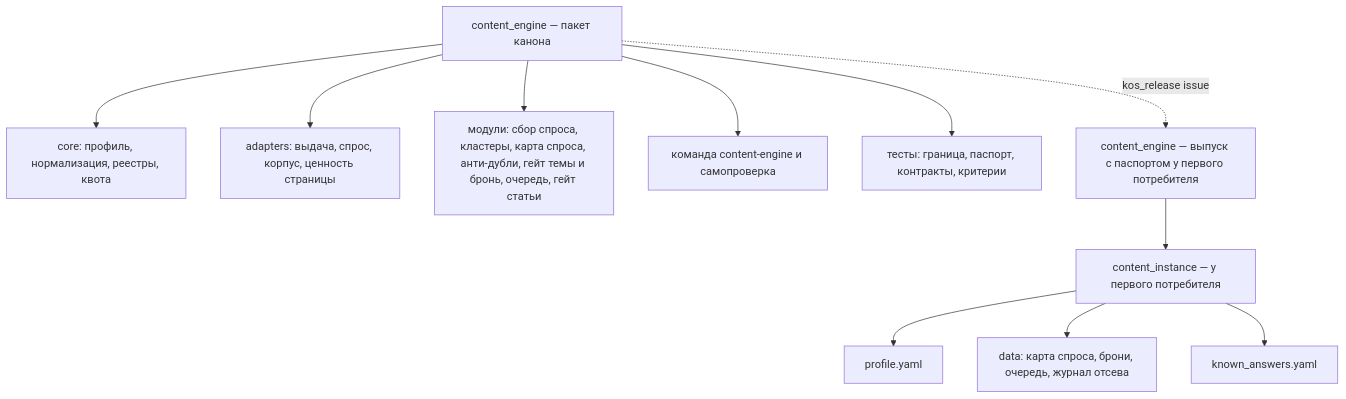
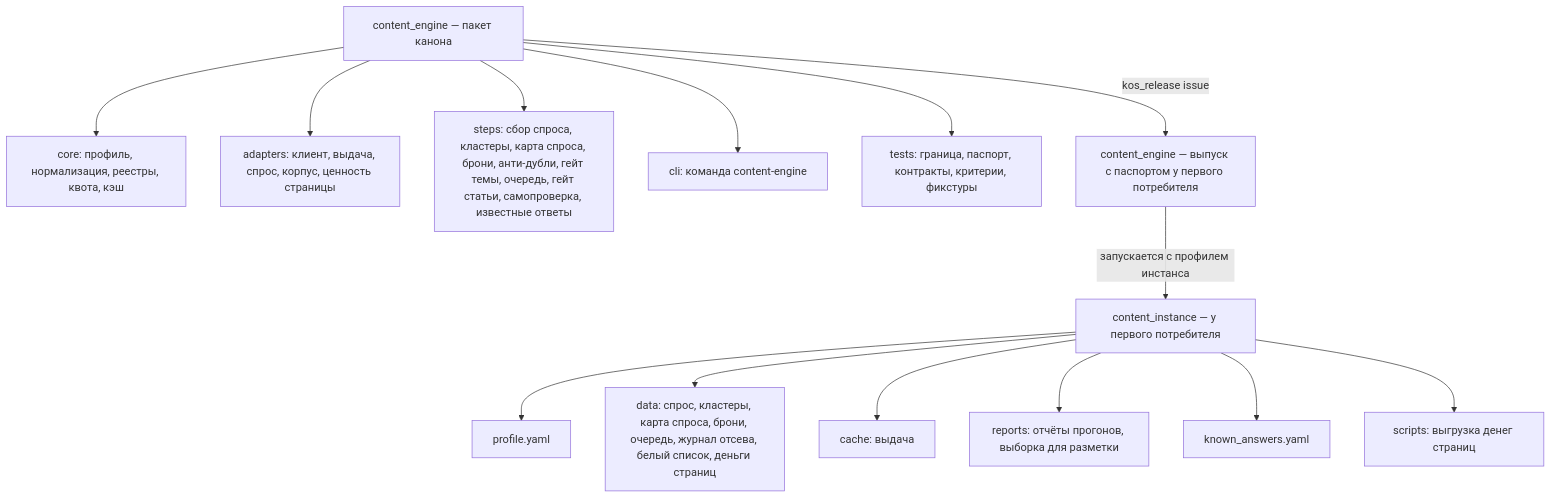
Before and after one commit to dm-leads/Knowledge-OS: the first of 2 diagrams in Методологии/Контент-машина/План — Контент-машина, волна 1 (пакет, проверка на корпусе, выпуск).md, drawn with Mermaid. The commit also changed other lines of this file and 1 other file, not shown here.

````diff
--- a/Методологии/Контент-машина/План — Контент-машина, волна 1 (пакет, проверка на корпусе, выпуск).md
+++ b/Методологии/Контент-машина/План — Контент-машина, волна 1 (пакет, проверка на корпусе, выпуск).md
@@ -119,16 +128,19 @@
 ```mermaid
 flowchart TB
   pkg["content_engine — пакет канона"]
-  pkg --> core["core: профиль, нормализация, реестры, квота"]
-  pkg --> adapters["adapters: выдача, спрос, корпус, ценность страницы"]
-  pkg --> steps["модули: сбор спроса, кластеры, карта спроса, анти-дубли, гейт темы и бронь, очередь, гейт статьи"]
-  pkg --> cli["команда content-engine и самопроверка"]
-  pkg --> tests["тесты: граница, паспорт, контракты, критерии"]
+  pkg --> core["core: профиль, нормализация, реестры, квота, кэш"]
+  pkg --> adapters["adapters: клиент, выдача, спрос, корпус, ценность страницы"]
+  pkg --> steps["steps: сбор спроса, кластеры, карта спроса, брони, анти-дубли, гейт темы, очередь, гейт статьи, самопроверка, известные ответы"]
+  pkg --> cli["cli: команда content-engine"]
+  pkg --> tests["tests: граница, паспорт, контракты, критерии, фикстуры"]
   inst["content_instance — у первого потребителя"]
   inst --> prof["profile.yaml"]
-  inst --> data["data: карта спроса, брони, очередь, журнал отсева"]
+  inst --> data["data: спрос, кластеры, карта спроса, брони, очередь, журнал отсева, белый список, деньги страниц"]
+  inst --> cache["cache: выдача"]
+  inst --> reports["reports: отчёты прогонов, выборка для разметки"]
   inst --> ka["known_answers.yaml"]
+  inst --> scripts["scripts: выгрузка денег страниц"]
   rel["content_engine — выпуск с паспортом у первого потребителя"]
-  pkg -.->|"kos_release issue"| rel
-  rel --> inst
+  pkg -->|"kos_release issue"| rel
+  rel -->|"запускается с профилем инстанса"| inst
 ```
````
